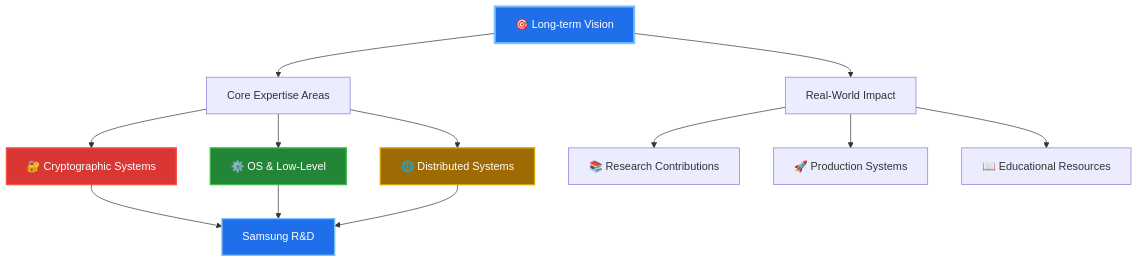
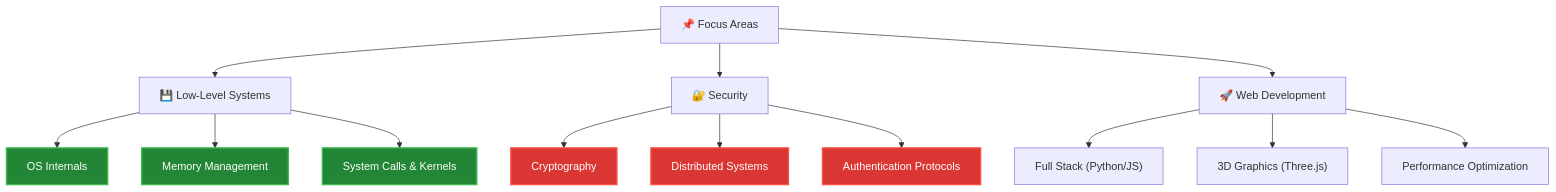
The sixth of 6 diagrams in README.md (Parik-2006/Parik-2006), drawn with Mermaid before and after one commit. The commit also changed other lines of this file and 1 other file, not shown here.

First line of the commit message:
♻️ Refactor README with real projects only + fix contribution chart

````diff
--- a/README.md
+++ b/README.md
@@ -309,24 +277,26 @@
 ```mermaid
 graph TB
-    GOAL["🎯 Long-term Vision"]
+    A["📌 Focus Areas"]
     
-    GOAL --> CORE["Core Expertise Areas"]
-    CORE --> SEC["🔐 Cryptographic Systems"]
-    CORE --> SYS["⚙️ OS & Low-Level"]
-    CORE --> DIST["🌐 Distributed Systems"]
+    A --> B["💾 Low-Level Systems"]
+    B --> B1["OS Internals"]
+    B --> B2["Memory Management"]
+    B --> B3["System Calls & Kernels"]
     
-    GOAL --> IMPACT["Real-World Impact"]
-    IMPACT --> RES["📚 Research Contributions"]
-    IMPACT --> PROD["🚀 Production Systems"]
-    IMPACT --> EDU["📖 Educational Resources"]
+    A --> C["🔐 Security"]
+    C --> C1["Cryptography"]
+    C --> C2["Distributed Systems"]
+    C --> C3["Authentication Protocols"]
     
-    SEC --> SAM["Samsung R&D"]
-    SYS --> SAM
-    DIST --> SAM
+    A --> D["🚀 Web Development"]
+    D --> D1["Full Stack (Python/JS)"]
+    D --> D2["3D Graphics (Three.js)"]
+    D --> D3["Performance Optimization"]
     
-    style GOAL fill:#1f6feb,stroke:#79c0ff,stroke-width:3px,color:#fff
-    style SEC fill:#da3633,stroke:#f85149,stroke-width:2px,color:#fff
-    style SYS fill:#238636,stroke:#3fb950,stroke-width:2px,color:#fff
-    style DIST fill:#9e6a03,stroke:#d3a500,stroke-width:2px,color:#fff
-    style SAM fill:#1f6feb,stroke:#79c0ff,stroke-width:2px,color:#fff
+    style B1 fill:#238636,stroke:#3fb950,stroke-width:2px,color:#fff
+    style B2 fill:#238636,stroke:#3fb950,stroke-width:2px,color:#fff
+    style B3 fill:#238636,stroke:#3fb950,stroke-width:2px,color:#fff
+    style C1 fill:#da3633,stroke:#f85149,stroke-width:2px,color:#fff
+    style C2 fill:#da3633,stroke:#f85149,stroke-width:2px,color:#fff
+    style C3 fill:#da3633,stroke:#f85149,stroke-width:2px,color:#fff
 ```
````
